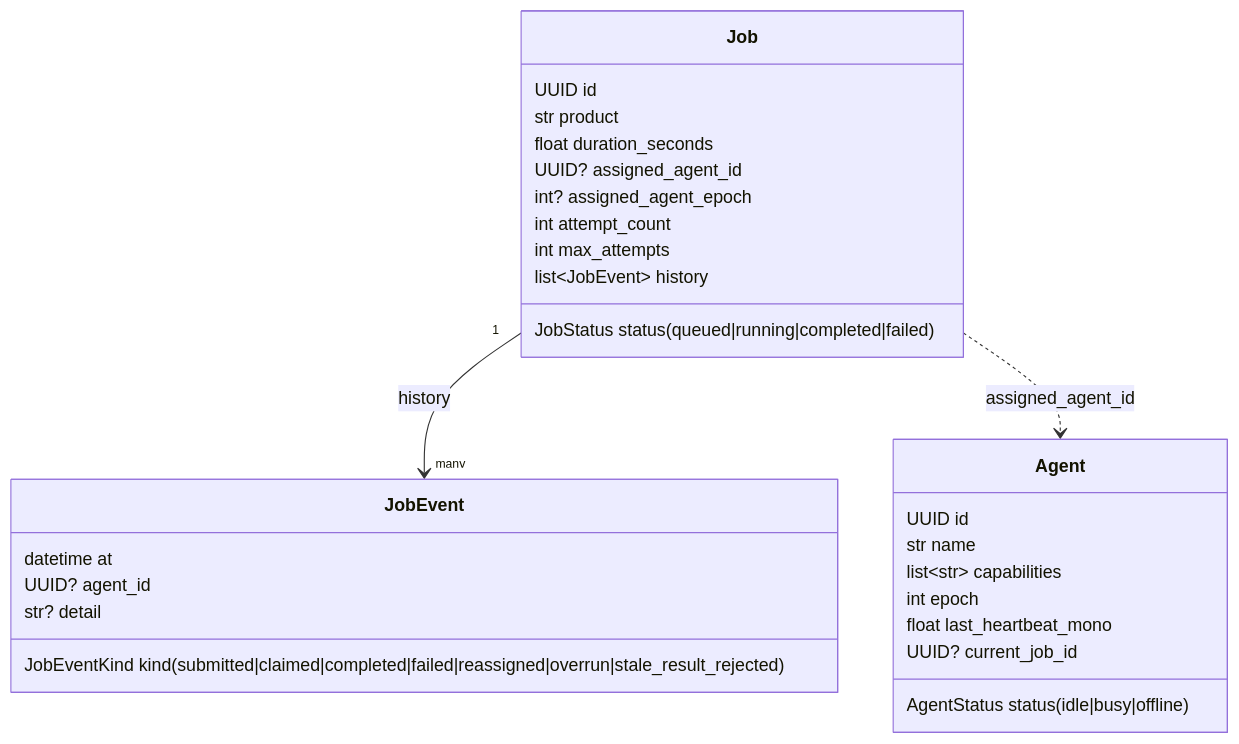
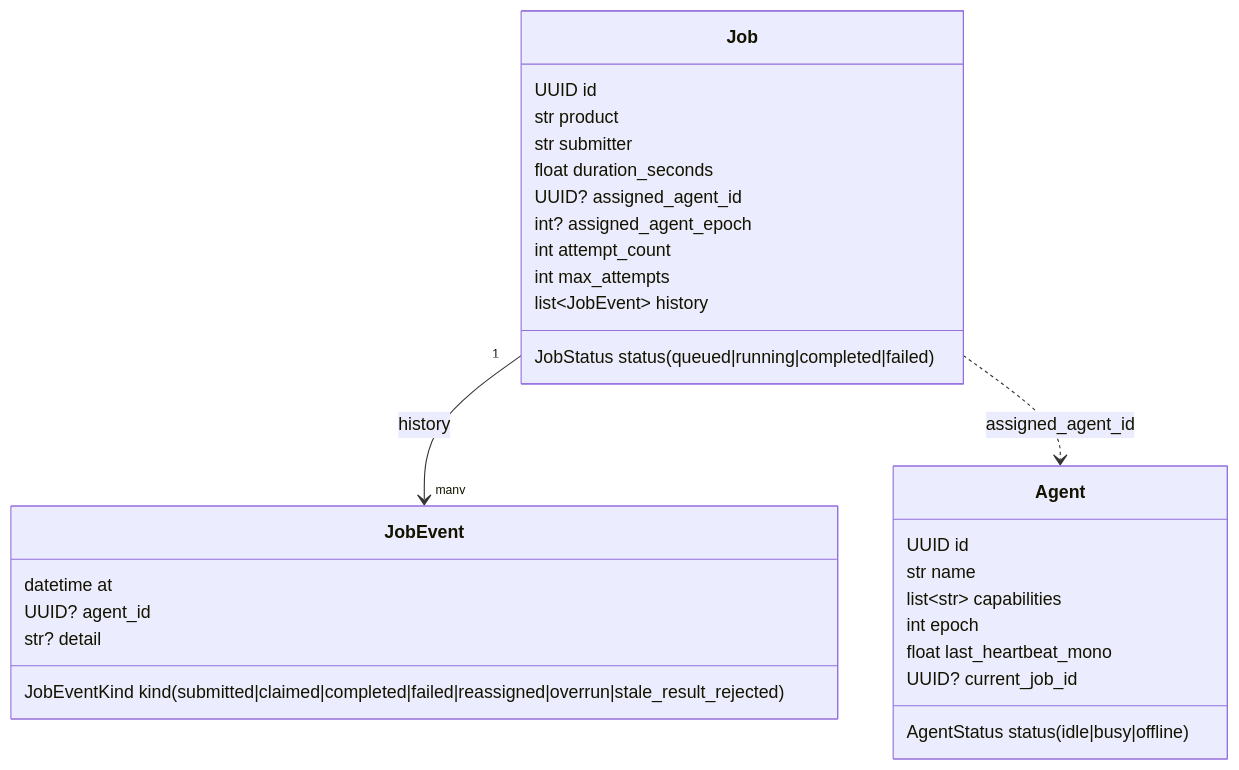
One commit to jhorne12345/samsara-tss changed the third of 6 diagrams in docs/architecture.md. Above: the diagram before and after it, drawn with Mermaid. The commit also changed other lines of this file and 3 other files, not shown here.

````diff
--- a/docs/architecture.md
+++ b/docs/architecture.md
@@ -100,31 +100,32 @@
 ```mermaid
 classDiagram
     class Agent {
         UUID id
         str name
         list~str~ capabilities
         AgentStatus status (idle|busy|offline)
         int epoch
         float last_heartbeat_mono
         UUID? current_job_id
     }
     class Job {
         UUID id
         str product
+        str submitter
         float duration_seconds
         JobStatus status (queued|running|completed|failed)
         UUID? assigned_agent_id
         int? assigned_agent_epoch
         int attempt_count
         int max_attempts
         list~JobEvent~ history
     }
     class JobEvent {
         datetime at
         JobEventKind kind (submitted|claimed|completed|failed|reassigned|overrun|stale_result_rejected)
         UUID? agent_id
         str? detail
     }
     Job "1" --> "many" JobEvent : history
     Job ..> Agent : assigned_agent_id
 ```
````
